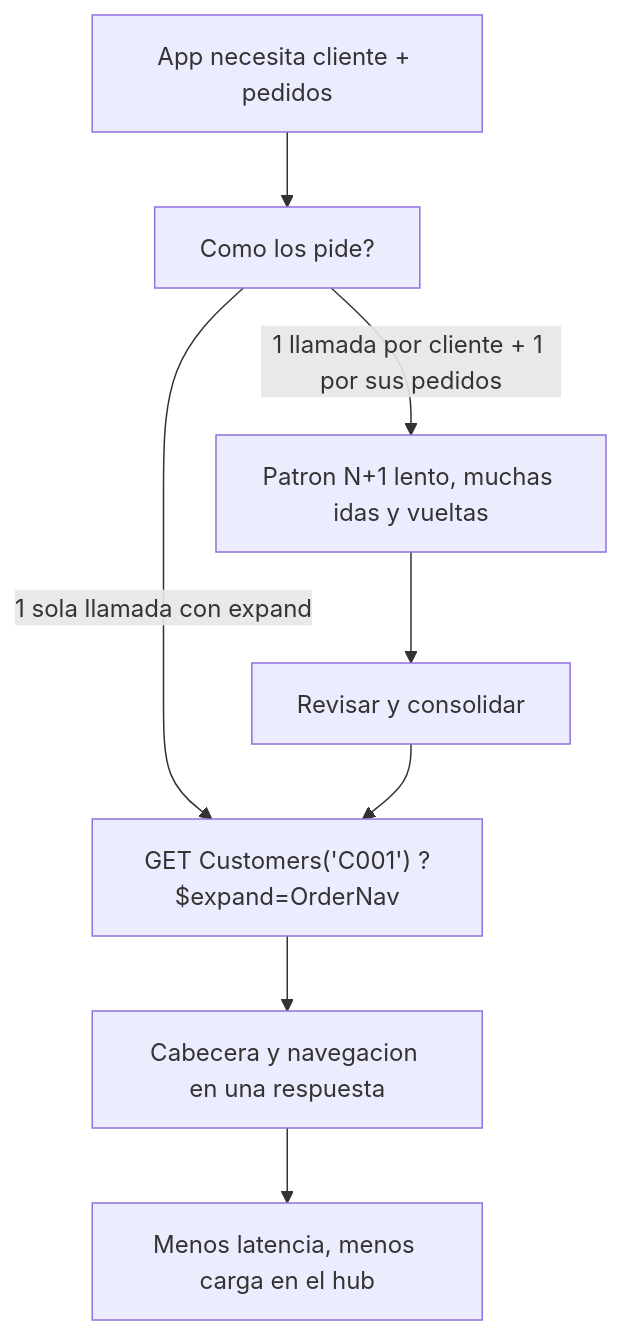
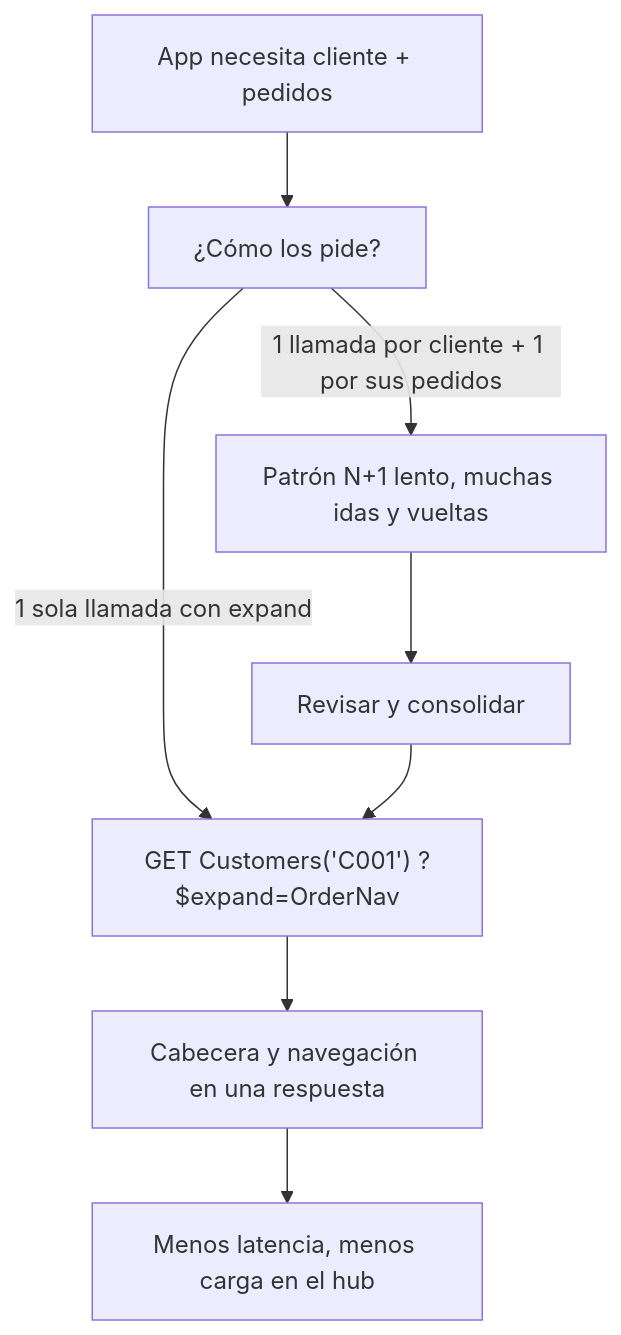
One commit to logalitech/blog-content changed the diagram in es/odata-expand-asociaciones.mdx. Above: the diagram before and after it, drawn with Mermaid. The commit also changed other lines of this file and 49 other files, not shown here.

````diff
--- a/es/odata-expand-asociaciones.mdx
+++ b/es/odata-expand-asociaciones.mdx
@@ -32,10 +32,10 @@
 ```mermaid
 flowchart TD
- A["App necesita cliente + pedidos"] --> B["Como los pide?"]
- B -->|"1 llamada por cliente + 1 por sus pedidos"| C["Patron N+1 lento, muchas idas y vueltas"]
+ A["App necesita cliente + pedidos"] --> B["¿Cómo los pide?"]
+ B -->|"1 llamada por cliente + 1 por sus pedidos"| C["Patrón N+1 lento, muchas idas y vueltas"]
  B -->|"1 sola llamada con expand"| D["GET Customers('C001') ?$expand=OrderNav"]
- D --> E["Cabecera y navegacion en una respuesta"]
+ D --> E["Cabecera y navegación en una respuesta"]
  E --> F["Menos latencia, menos carga en el hub"]
  C --> G["Revisar y consolidar"]
  G --> D
 ```
````
